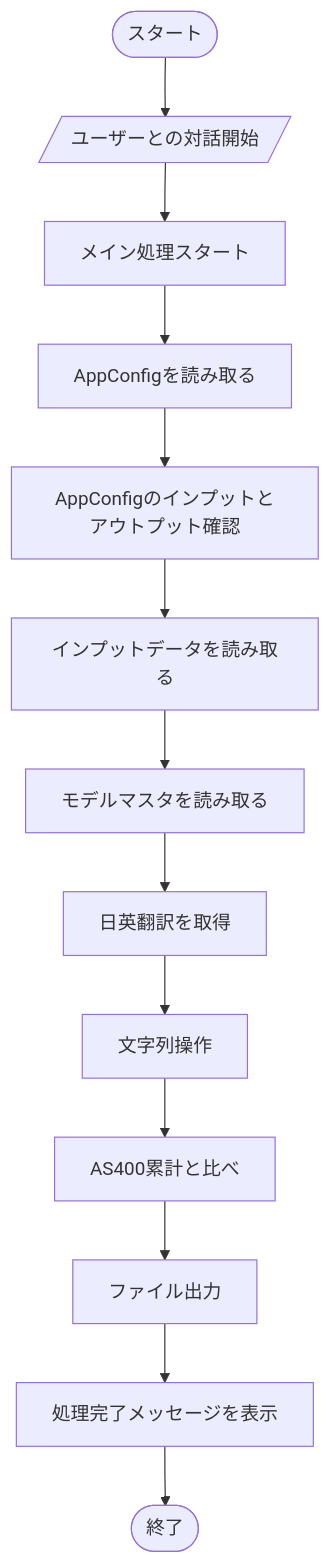
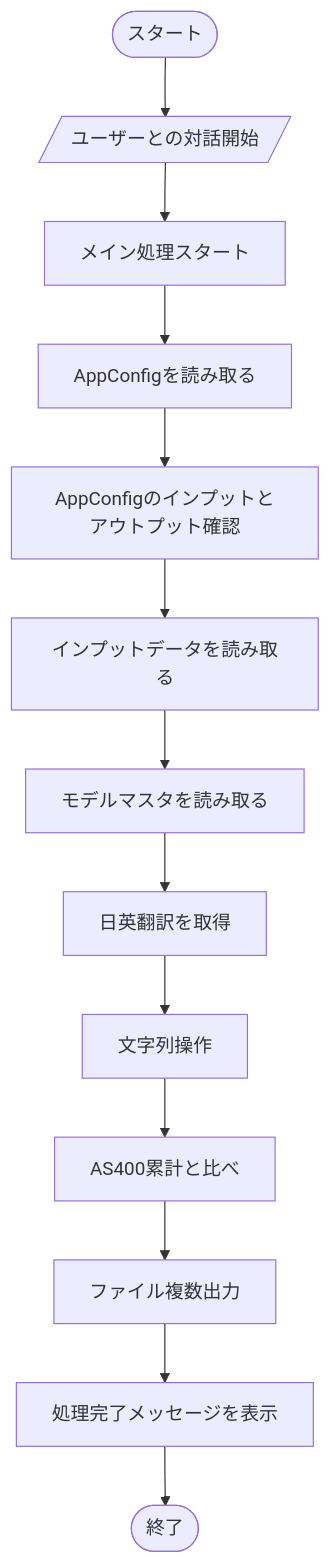
One commit to rhoenkelevra/pre_commit changed the diagram in flowcharts/conception.mmd. Above: the diagram before and after it, drawn with Mermaid. The commit also changed 1 other file, not shown here.

```diff
--- a/flowcharts/conception.mmd
+++ b/flowcharts/conception.mmd
@@ -1,28 +1,28 @@
 flowchart TB
     start(["スタート"])
     UserInteraction[/"ユーザーとの対話開始"/]
     StartMainProcess["メイン処理スタート"]
     LoadAppConfig["AppConfigを読み取る"]
     CheckInputs/OutputsFromConfig["AppConfigのインプットとアウトプット確認"]
     LoadInputFiles["インプットデータを読み取る"]
     LoadMasterFile["モデルマスタを読み取る"]
     GetTranslations["日英翻訳を取得"]
     Check/ChangeStrings["文字列操作"]
     CompareWithPrevious["AS400累計と比べ"]
-    OutputFiles["ファイル出力"]
+    OutputFiles["ファイル複数出力"]
     OutputFinalMessage["処理完了メッセージを表示"]
     End(["終了"])
 
     start
     --> UserInteraction
     --> StartMainProcess
     --> LoadAppConfig
     --> CheckInputs/OutputsFromConfig
     --> LoadInputFiles
     --> LoadMasterFile
     --> GetTranslations
     --> Check/ChangeStrings
     --> CompareWithPrevious
     --> OutputFiles
     --> OutputFinalMessage
     --> End
```
